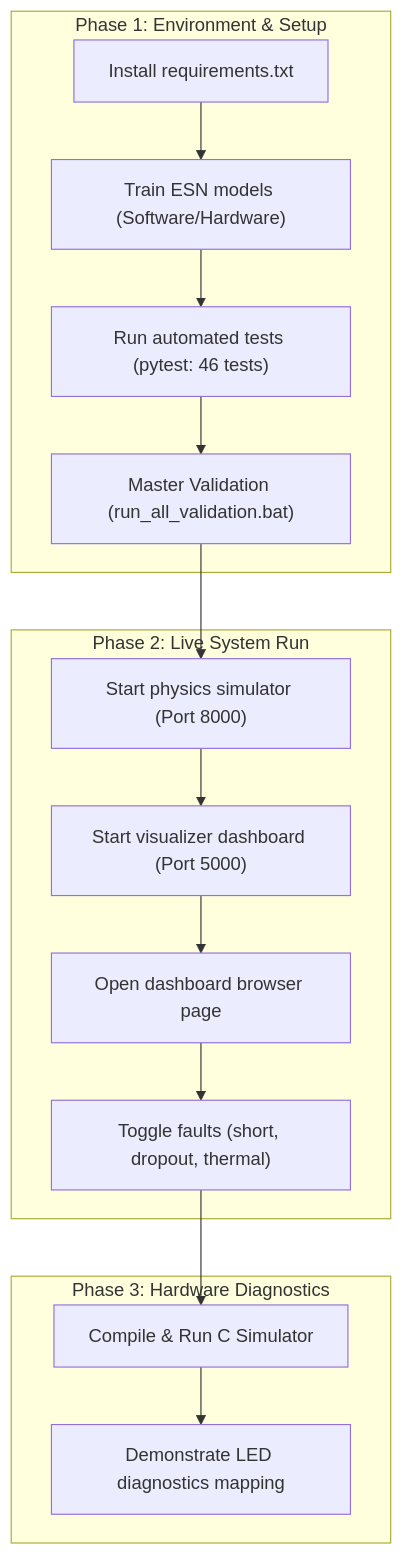
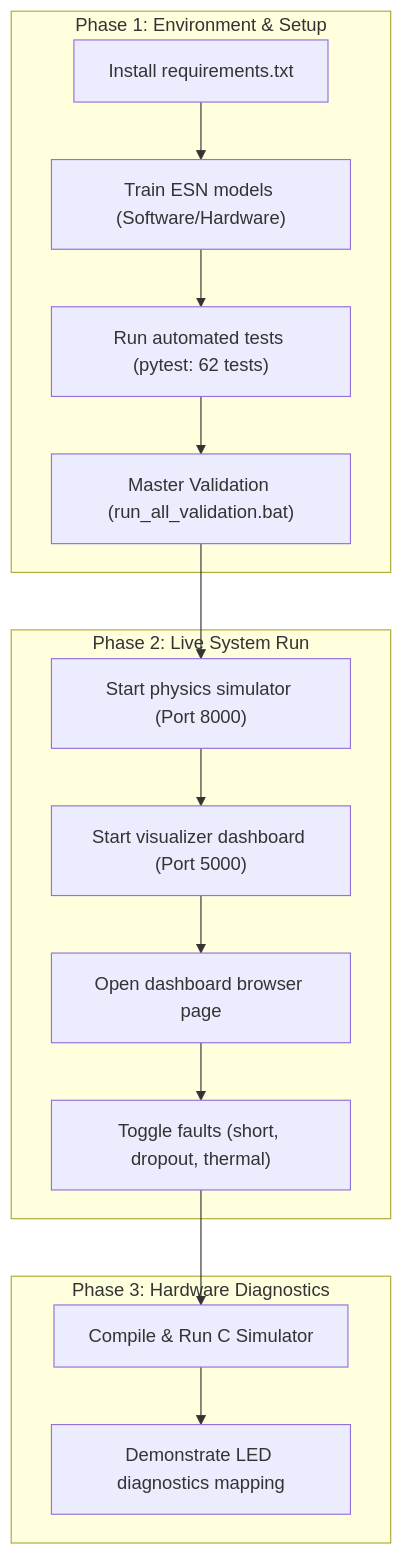
The diagram in docs/Resources/DEMO_CHECKLIST.md (tanish-jain-225/Battery_State_Estimator_BE_Project_2026_2027), drawn with Mermaid before and after one commit. The commit also changed other lines of this file and 35 other files, not shown here.

````diff
--- a/docs/Resources/DEMO_CHECKLIST.md
+++ b/docs/Resources/DEMO_CHECKLIST.md
@@ -15,31 +15,31 @@
 ```mermaid
 flowchart TD
     subgraph Phase 1: Environment & Setup
         Setup_1["Install requirements.txt"]
         Setup_2["Train ESN models (Software/Hardware)"]
-        Setup_3["Run automated tests (pytest: 46 tests)"]
+        Setup_3["Run automated tests (pytest: 62 tests)"]
         Setup_4["Master Validation (run_all_validation.bat)"]
         Setup_1 --> Setup_2
         Setup_2 --> Setup_3
         Setup_3 --> Setup_4
     end
 
     subgraph Phase 2: Live System Run
         Run_1["Start physics simulator (Port 8000)"]
         Run_2["Start visualizer dashboard (Port 5000)"]
         Run_3["Open dashboard browser page"]
         Run_4["Toggle faults (short, dropout, thermal)"]
         Run_1 --> Run_2
         Run_2 --> Run_3
         Run_3 --> Run_4
     end
 
     subgraph Phase 3: Hardware Diagnostics
         HW_1["Compile & Run C Simulator"]
         HW_2["Demonstrate LED diagnostics mapping"]
         HW_1 --> HW_2
     end
 
     Setup_4 --> Run_1
     Run_4 --> HW_1
 ```
````
